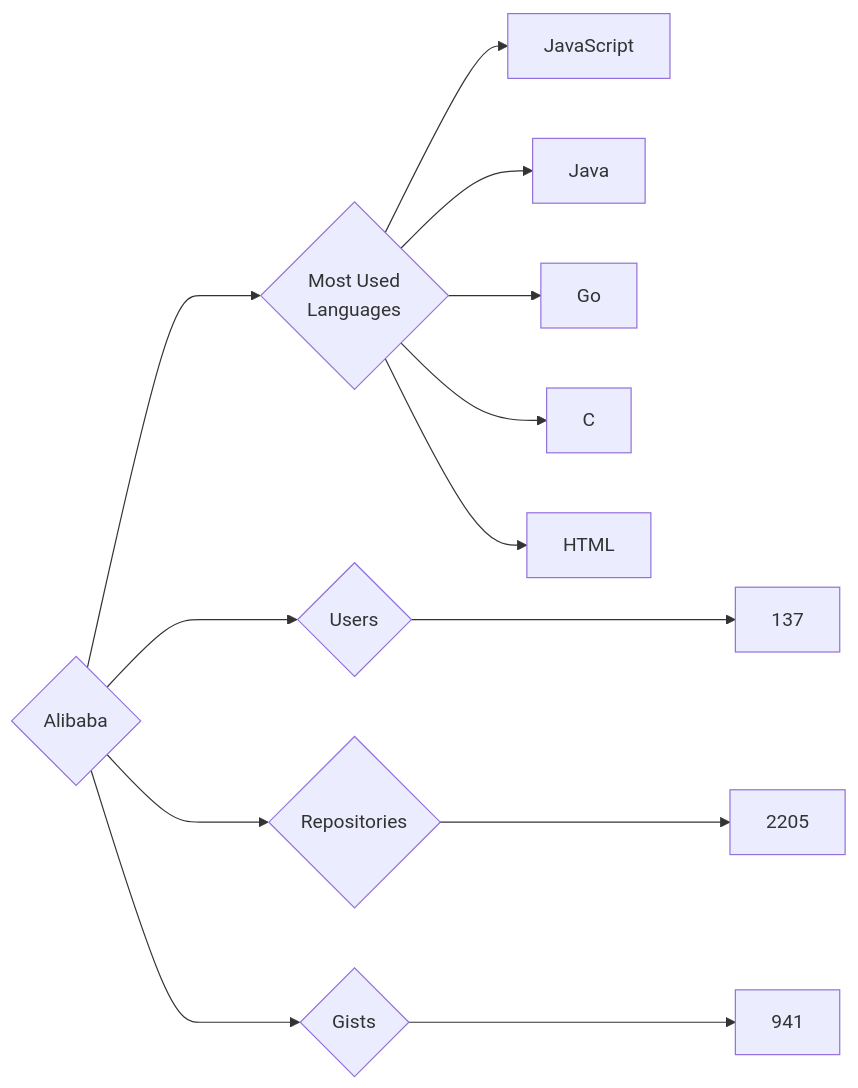
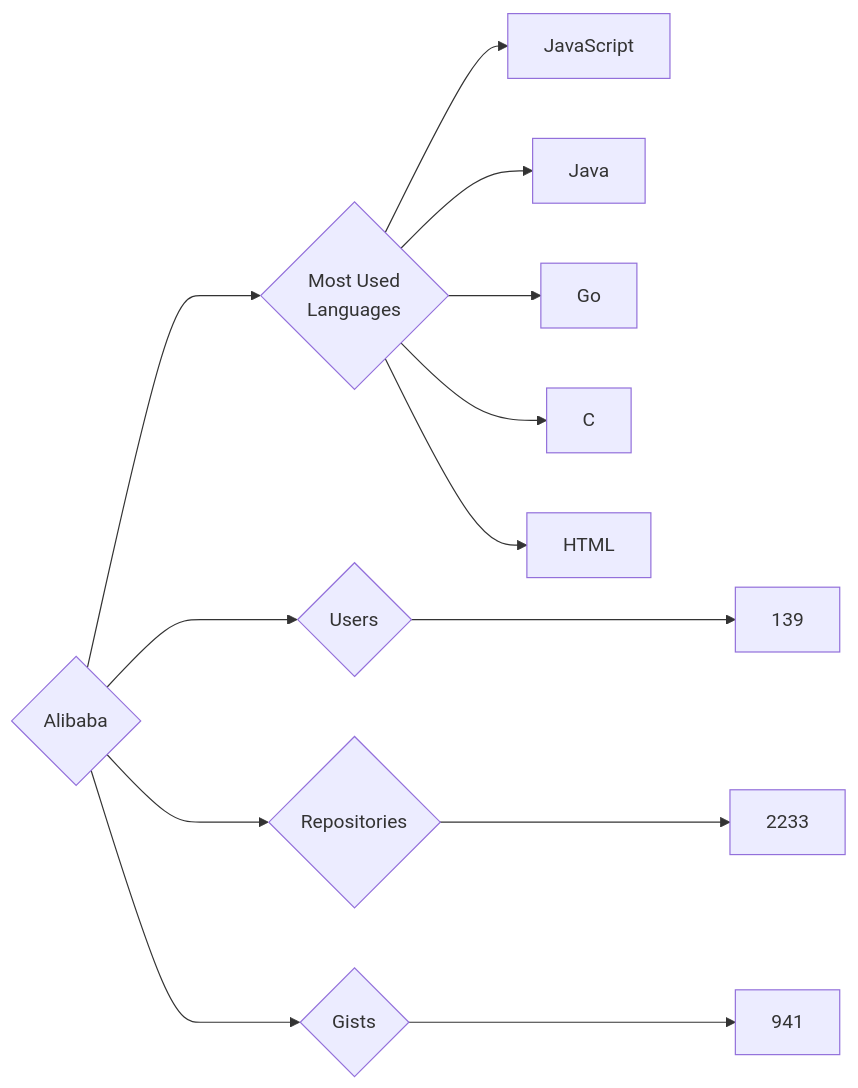
One commit to trickest/insiders changed the diagram in targets/Alibaba/README.md. Above: the diagram before and after it, drawn with Mermaid. The commit also changed 718 other files, not shown here.

````diff
--- a/targets/Alibaba/README.md
+++ b/targets/Alibaba/README.md
@@ -3,13 +3,13 @@
 ```mermaid
 graph LR
 COMPANY_NAME{Alibaba}
-COMPANY_NAME ---> U{Users} ---> UN[137]
-COMPANY_NAME ---> R{Repositories} ---> RN[2205]
+COMPANY_NAME ---> U{Users} ---> UN[139]
+COMPANY_NAME ---> R{Repositories} ---> RN[2233]
 COMPANY_NAME ---> G{Gists} ---> GN[941]
 COMPANY_NAME ---> ML{Most Used<br>Languages}
 ML --> JavaScript[JavaScript]
 ML --> Java[Java]
 ML --> Go[Go]
 ML --> C[C]
 ML --> HTML[HTML]
 ```
````
